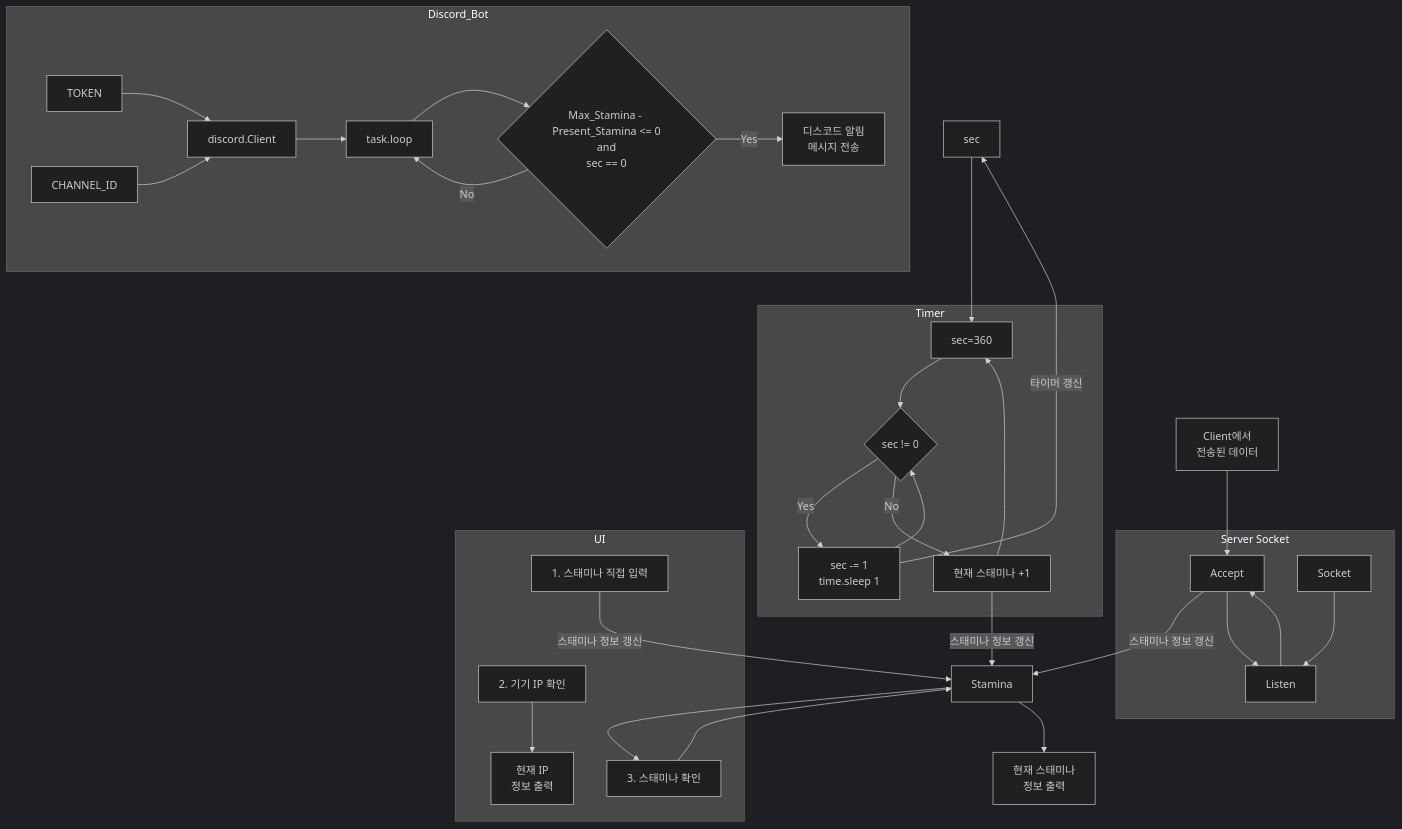
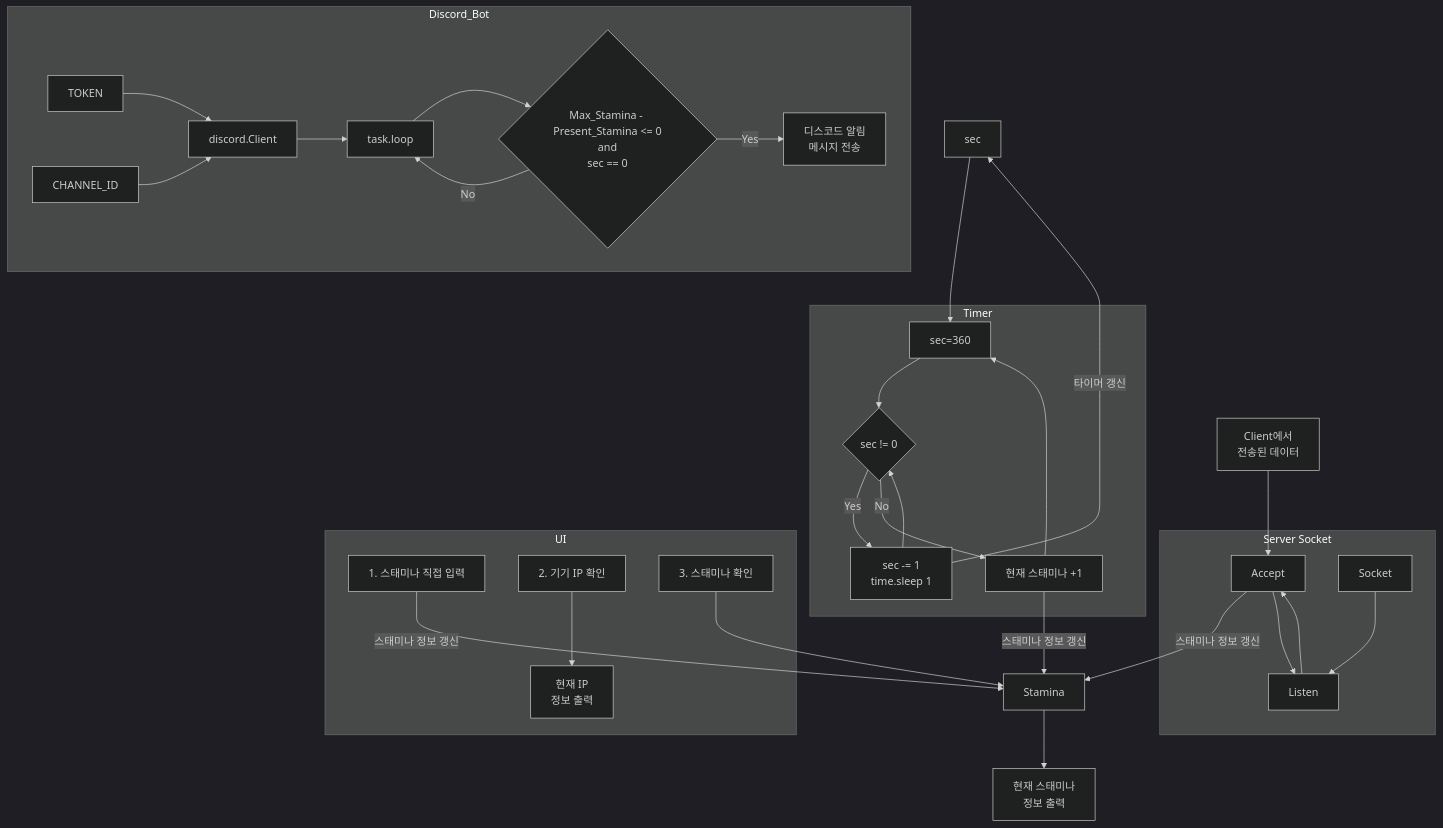
The third of 3 diagrams in README.md (201710808/Game-Stamina-Alarm), drawn with Mermaid (dark theme) before and after one commit.

````diff
--- a/README.md
+++ b/README.md
@@ -55,44 +55,43 @@
 ```mermaid
 graph TB;
     data[Client에서\n전송된 데이터]-->Accept;
 
     subgraph Server Socket;
     Socket-->Listen;
     Listen-->Accept;
     end;
     Accept-->|스태미나 정보 갱신|Stamina;
     Accept-->Listen;
 
     sec-->sec360;
     subgraph Timer;
     sec360[sec=360]-->condition{sec != 0};
     condition-->|"Yes"|process_time[sec -= 1\ntime.sleep 1];
     process_time-->condition;
     condition-->|"No"|sync_stamina[현재 스태미나 +1];
     sync_stamina-->sec360;
     end;
 
     process_time-->|"타이머 갱신"|sec;
     sync_stamina-->|스태미나 정보 갱신|Stamina;
 
     subgraph Discord_Bot;
     TOKEN-->Client[discord.Client];
     CHANNEL_ID-->Client;
     Client-->task.loop;
     task.loop-->discord_condition{Max_Stamina - Present_Stamina <= 0\nand\nsec == 0};
     discord_condition-->|"Yes"|discord_message[디스코드 알림\n메시지 전송]
     discord_condition-->|"No"|task.loop;
     end;
 
-    Stamina-->check_stamina;
     Stamina-->output_stamina[현재 스태미나\n정보 출력];
     
     subgraph UI;
     input_stamina[1. 스태미나 직접 입력];
     check_ip[2. 기기 IP 확인]-->output_ip[현재 IP\n정보 출력];
     check_stamina[3. 스태미나 확인];
     
     end;
     check_stamina-->Stamina;
     input_stamina-->|스태미나 정보 갱신|Stamina;
 ```
````
